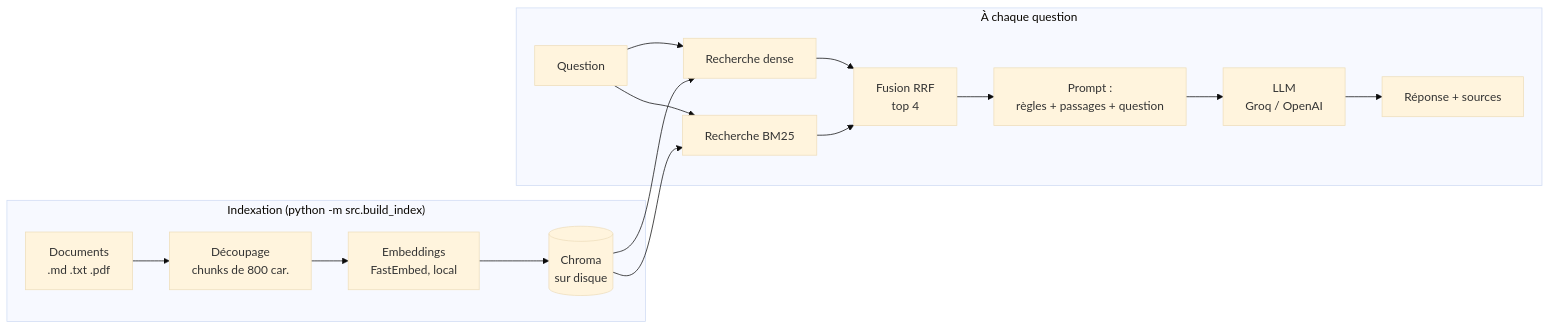
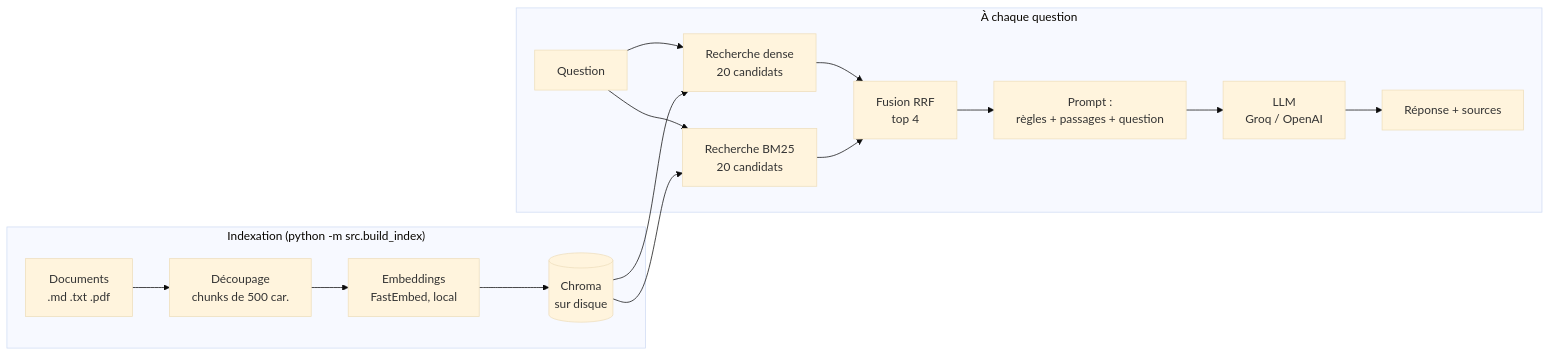
One commit to Maryamcht-26/rag-mes-notes changed the diagram in README.md. Above: the diagram before and after it, drawn with Mermaid (base theme). The commit also changed other lines of this file and 19 other files, not shown here.

````diff
--- a/README.md
+++ b/README.md
@@ -50,19 +79,19 @@
 ```mermaid
 flowchart LR
     subgraph Indexation["Indexation (python -m src.build_index)"]
-        A[Documents<br>.md .txt .pdf] --> B[Découpage<br>chunks de 800 car.]
+        A[Documents<br>.md .txt .pdf] --> B[Découpage<br>chunks de 500 car.]
         B --> C[Embeddings<br>FastEmbed, local]
         C --> D[(Chroma<br>sur disque)]
     end
     subgraph Question["À chaque question"]
-        Q[Question] --> R1[Recherche dense]
-        Q --> R2[Recherche BM25]
+        Q[Question] --> R1[Recherche dense<br>20 candidats]
+        Q --> R2[Recherche BM25<br>20 candidats]
         R1 --> F[Fusion RRF<br>top 4]
         R2 --> F
         F --> P[Prompt :<br>règles + passages + question]
         P --> L[LLM<br>Groq / OpenAI]
         L --> S[Réponse + sources]
     end
     D --> R1
     D --> R2
 ```
````
